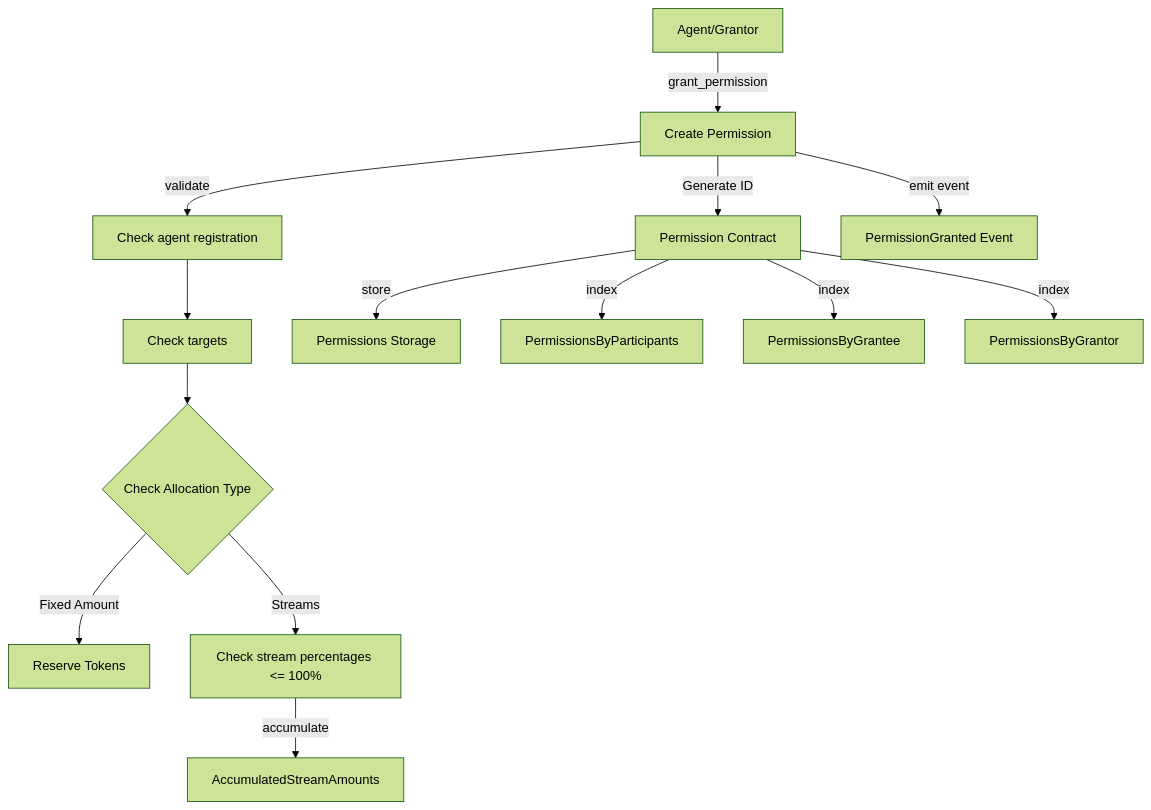
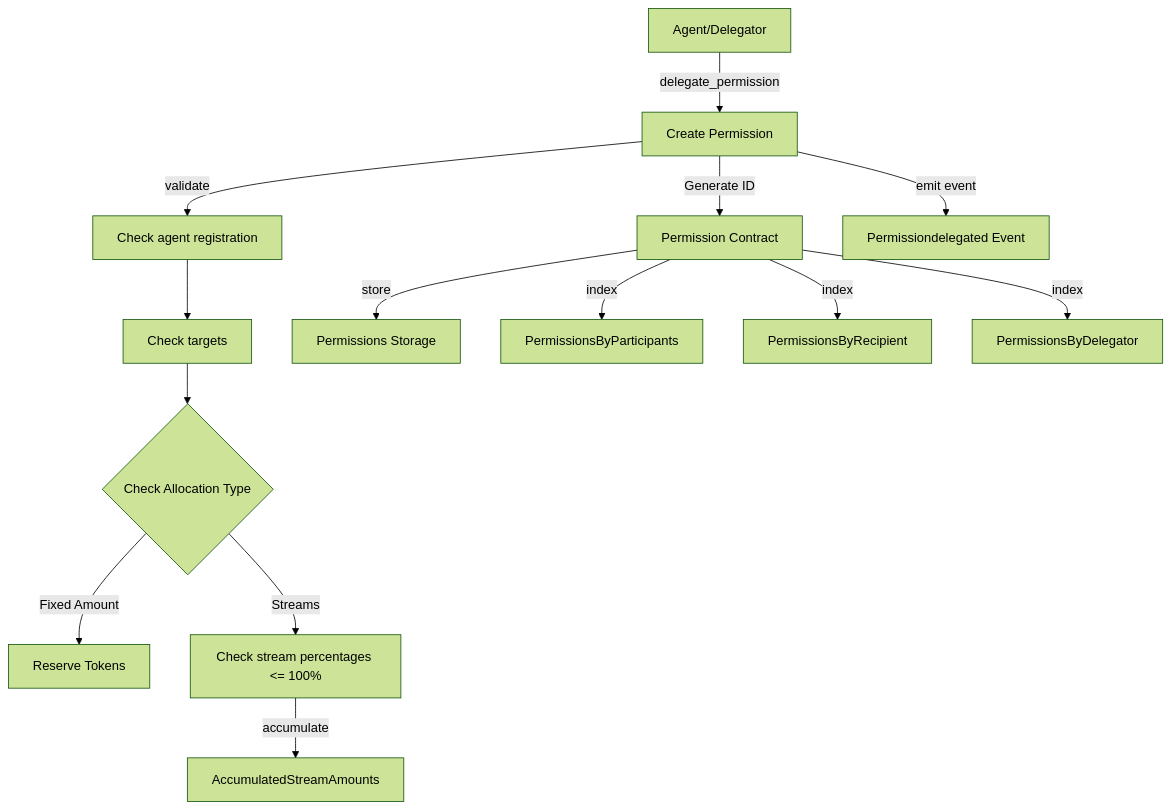
One commit to renlabs-dev/torus-substrate changed the second of 3 diagrams in docs/permission0.md. Above: the diagram before and after it, drawn with Mermaid (forest theme). The commit also changed other lines of this file and 31 other files, not shown here.

````diff
--- a/docs/permission0.md
+++ b/docs/permission0.md
@@ -337,14 +338,14 @@
 ```mermaid
 flowchart TD
-    A["Agent/Grantor"] -- grant_permission --> B["Create Permission"]
+    A["Agent/Delegator"] -- delegate_permission --> B["Create Permission"]
     B -- validate --> C["Check agent registration"] --> E["Check targets"] --> P{"Check Allocation Type"}
     P -- Fixed Amount --> K["Reserve Tokens"]
     P -- Streams --> D["Check stream percentages <= 100%"]
     B -- Generate ID --> F["Permission Contract"]
     F -- store --> G["Permissions Storage"]
     F -- index --> J["PermissionsByParticipants"]
-    F -- index --> I["PermissionsByGrantee"]
-    F -- index --> H["PermissionsByGrantor"]
-    B -- emit event --> M["PermissionGranted Event"]
+    F -- index --> I["PermissionsByRecipient"]
+    F -- index --> H["PermissionsByDelegator"]
+    B -- emit event --> M["Permissiondelegated Event"]
     D -- accumulate --> L["AccumulatedStreamAmounts"]
 ```
````
